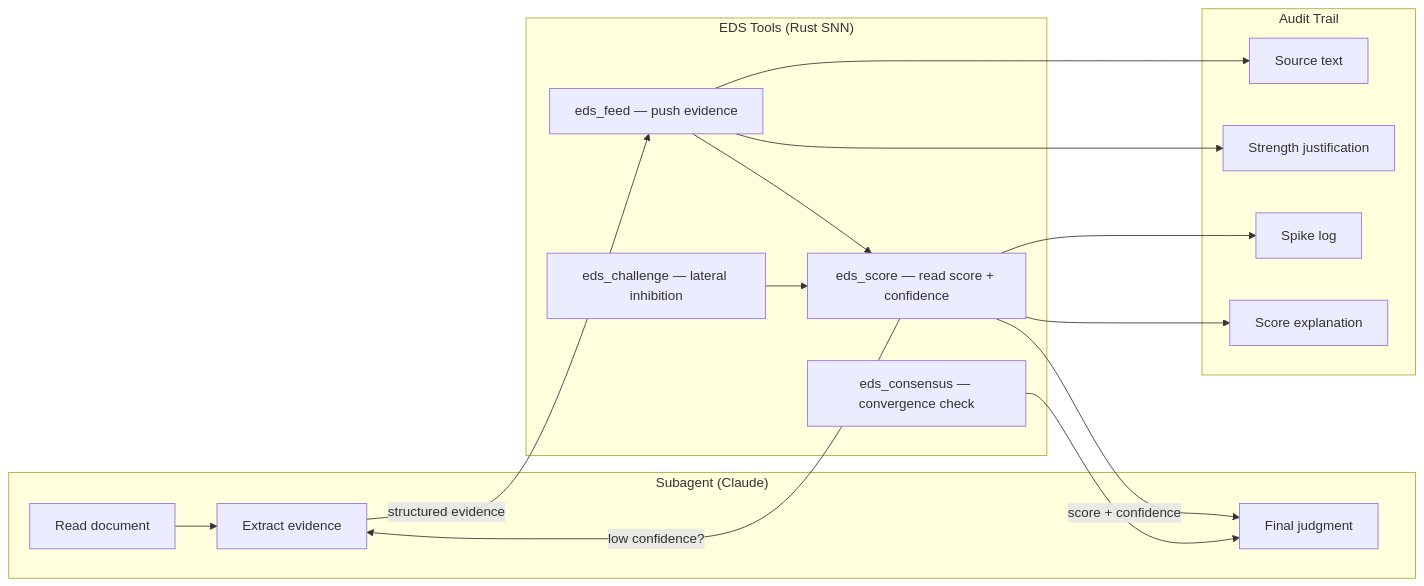
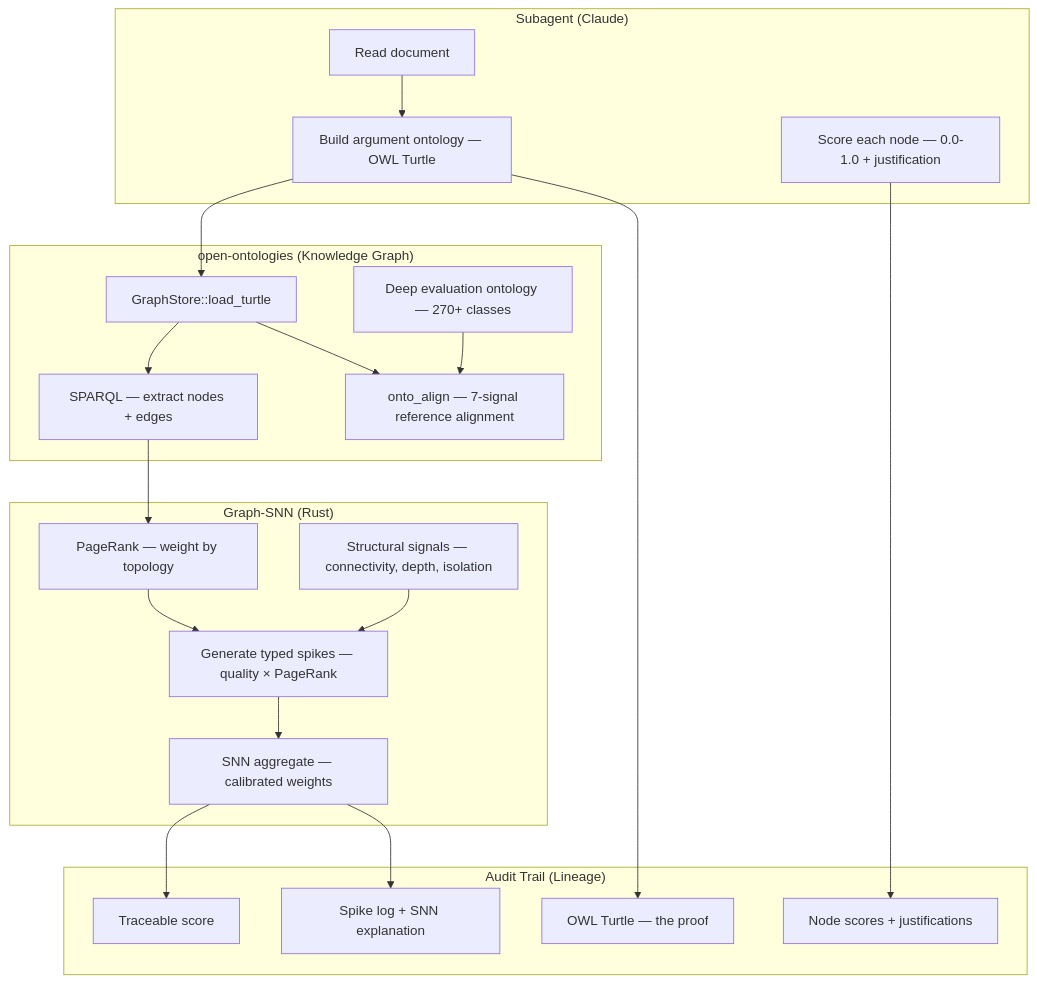
One commit to fabio-rovai/brain-in-the-fish changed the third of 4 diagrams in README.md. Above: the diagram before and after it, drawn with Mermaid. The commit also changed other lines of this file, not shown here.

First line of the commit message:
docs: comprehensive README update — ontology spine architecture, ASAP benchmarks

````diff
--- a/README.md
+++ b/README.md
@@ -247,32 +265,40 @@
 ```mermaid
-graph LR
+graph TB
     subgraph "Subagent (Claude)"
         READ[Read document]
-        EXT[Extract evidence]
-        JUDGE[Final judgment]
+        SKETCH[Build argument ontology — OWL Turtle]
+        SCORE_N[Score each node — 0.0-1.0 + justification]
     end
 
-    subgraph "EDS Tools (Rust SNN)"
-        FEED[eds_feed — push evidence]
-        SCORE[eds_score — read score + confidence]
-        CHAL[eds_challenge — lateral inhibition]
-        CONS[eds_consensus — convergence check]
+    subgraph "open-ontologies (Knowledge Graph)"
+        LOAD[GraphStore::load_turtle]
+        SPARQL[SPARQL — extract nodes + edges]
+        ALIGN[onto_align — 7-signal reference alignment]
+        REF[Deep evaluation ontology — 270+ classes]
     end
 
-    subgraph "Audit Trail"
-        TEXT[Source text]
-        JUST[Strength justification]
-        SPIKE[Spike log]
-        FINAL[Score explanation]
+    subgraph "Graph-SNN (Rust)"
+        PR[PageRank — weight by topology]
+        SPIKE[Generate typed spikes — quality × PageRank]
+        STRUCT[Structural signals — connectivity, depth, isolation]
+        AGG[SNN aggregate — calibrated weights]
     end
 
-    READ --> EXT
-    EXT -->|structured evidence| FEED
-    FEED --> SCORE
-    SCORE -->|low confidence?| EXT
-    SCORE -->|score + confidence| JUDGE
-    CHAL --> SCORE
-    CONS --> JUDGE
-    FEED --> TEXT & JUST
-    SCORE --> SPIKE & FINAL
+    subgraph "Audit Trail (Lineage)"
+        TTL[OWL Turtle — the proof]
+        NODES[Node scores + justifications]
+        LOG[Spike log + SNN explanation]
+        FINAL[Traceable score]
+    end
+
+    READ --> SKETCH --> LOAD
+    SCORE_N --> NODES
+    LOAD --> SPARQL --> PR
+    LOAD --> ALIGN
+    REF --> ALIGN
+    PR --> SPIKE
+    STRUCT --> SPIKE
+    SPIKE --> AGG --> FINAL
+    SKETCH --> TTL
+    AGG --> LOG
 ```
````
